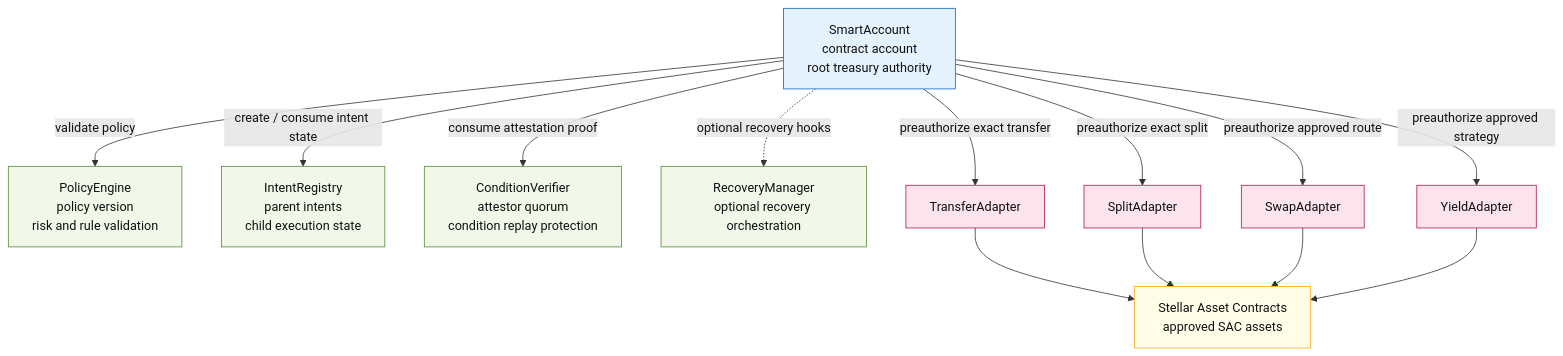
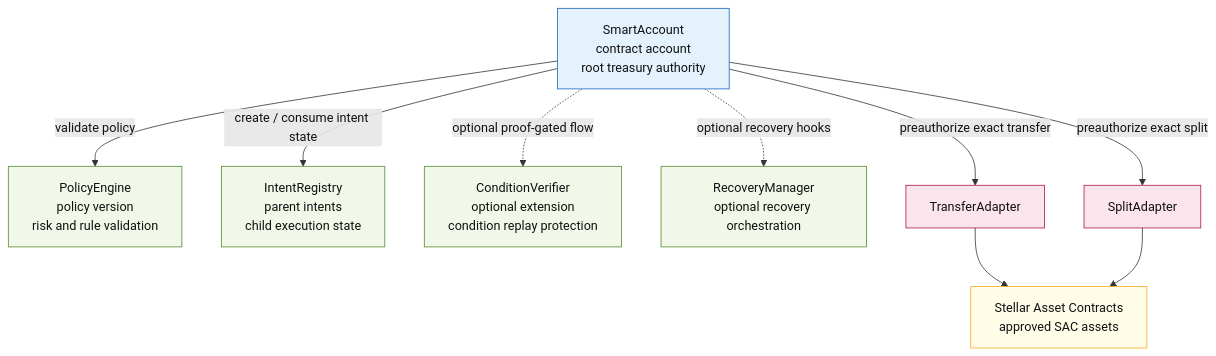
One commit to Frihat-dev/smart-wallet-stellar changed the fourth of 14 diagrams in docs/TECHNICAL_ARCHITECTURE.md. Above: the diagram before and after it, drawn with Mermaid. The commit also changed other lines of this file, not shown here.

Commit message:
docs: align technical architecture with launch scope

````diff
--- a/docs/TECHNICAL_ARCHITECTURE.md
+++ b/docs/TECHNICAL_ARCHITECTURE.md
@@ -546,38 +545,31 @@
 ```mermaid
 flowchart TB
     SA["SmartAccount<br/>contract account<br/>root treasury authority"]
     PE["PolicyEngine<br/>policy version<br/>risk and rule validation"]
     IR["IntentRegistry<br/>parent intents<br/>child execution state"]
-    CV["ConditionVerifier<br/>attestor quorum<br/>condition replay protection"]
+    CV["ConditionVerifier<br/>optional extension<br/>condition replay protection"]
     RM["RecoveryManager<br/>optional recovery orchestration"]
 
     TA["TransferAdapter"]
     SPA["SplitAdapter"]
-    SWA["SwapAdapter"]
-    YA["YieldAdapter"]
     SAC["Stellar Asset Contracts<br/>approved SAC assets"]
 
     SA -->|"validate policy"| PE
     SA -->|"create / consume intent state"| IR
-    SA -->|"consume attestation proof"| CV
+    SA -. "optional proof-gated flow" .-> CV
     SA -. "optional recovery hooks" .-> RM
 
     SA -->|"preauthorize exact transfer"| TA
     SA -->|"preauthorize exact split"| SPA
-    SA -->|"preauthorize approved route"| SWA
-    SA -->|"preauthorize approved strategy"| YA
-
     TA --> SAC
     SPA --> SAC
-    SWA --> SAC
-    YA --> SAC
 
     classDef root fill:#e3f2fd,stroke:#1565c0,color:#111;
     classDef module fill:#f1f8e9,stroke:#558b2f,color:#111;
     classDef adapter fill:#fce4ec,stroke:#ad1457,color:#111;
     classDef asset fill:#fffde7,stroke:#f9a825,color:#111;
     class SA root;
     class PE,IR,CV,RM module;
-    class TA,SPA,SWA,YA adapter;
+    class TA,SPA adapter;
     class SAC asset;
 ```
````
